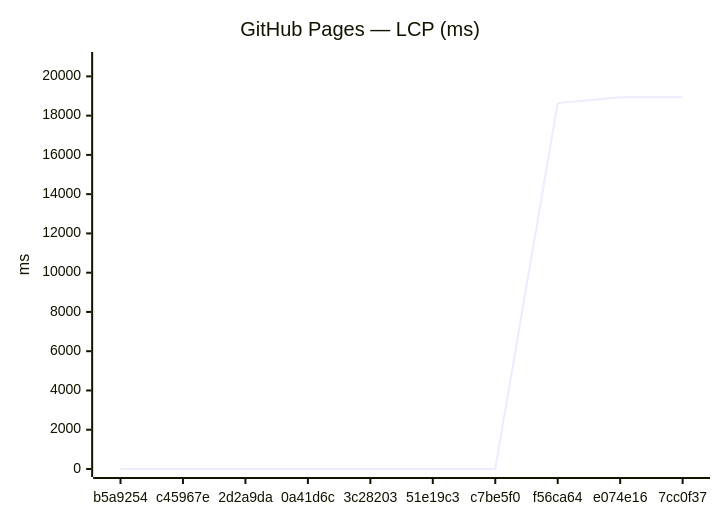
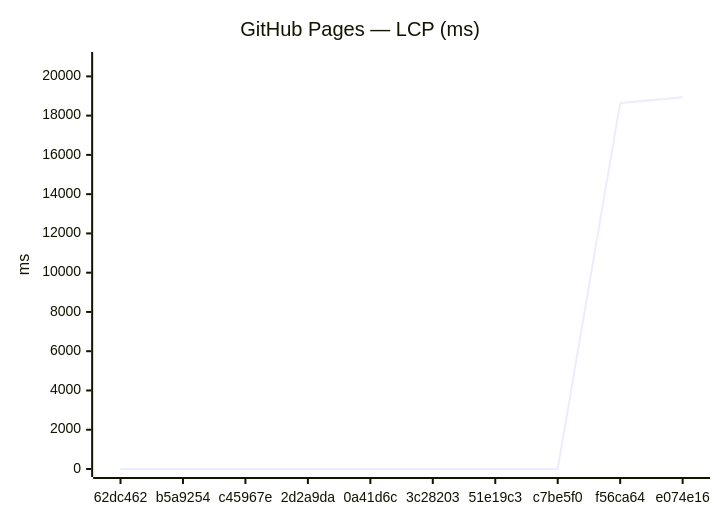
Before and after one commit to Metaheurist/Rianell: the third of 18 diagrams in benchmarks/compare.md, drawn with Mermaid. The commit also changed other lines of this file and 11 other files, not shown here.

````diff
--- a/benchmarks/compare.md
+++ b/benchmarks/compare.md
@@ -54,7 +54,7 @@
 ```mermaid
 xychart-beta
     title "GitHub Pages — LCP (ms)"
-    x-axis ["b5a9254", "c45967e", "2d2a9da", "0a41d6c", "3c28203", "51e19c3", "c7be5f0", "f56ca64", "e074e16", "7cc0f37"]
+    x-axis ["62dc462", "b5a9254", "c45967e", "2d2a9da", "0a41d6c", "3c28203", "51e19c3", "c7be5f0", "f56ca64", "e074e16"]
     y-axis "ms" 0 --> 20834
-    line [0, 0, 0, 0, 0, 0, 0, 18641, 18940, 18936]
+    line [0, 0, 0, 0, 0, 0, 0, 0, 18641, 18940]
 ```
````
